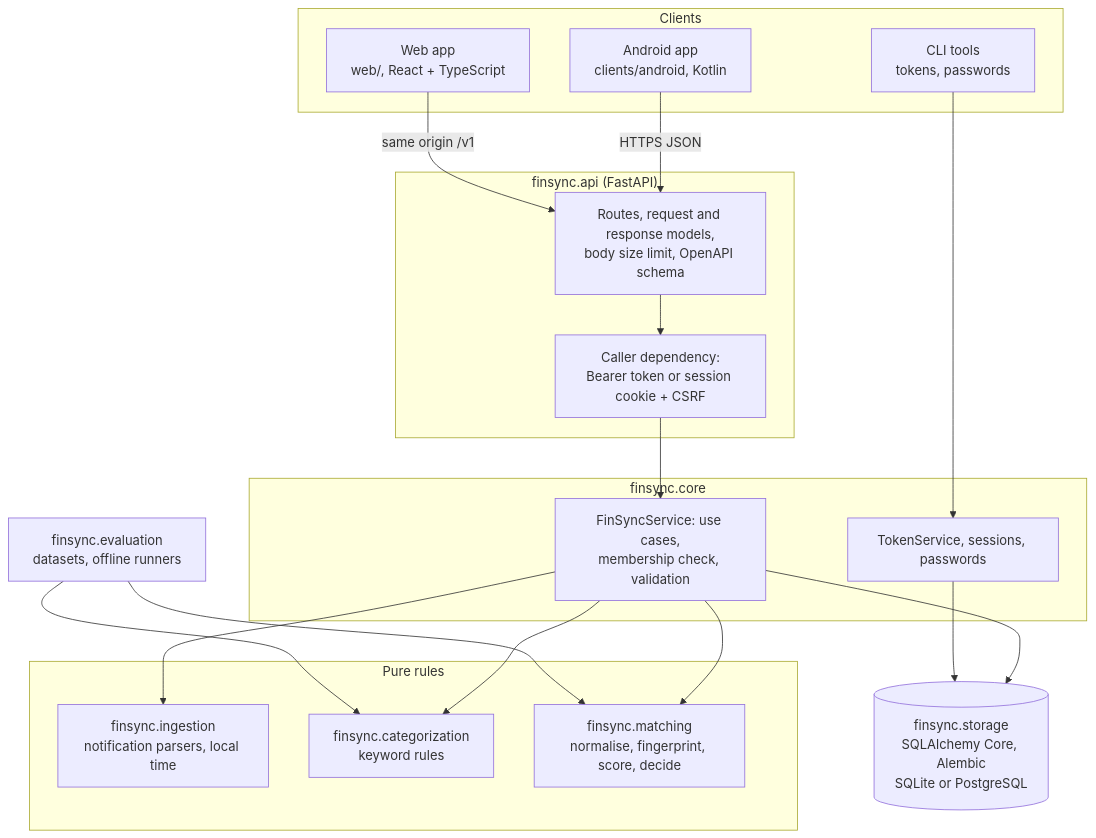
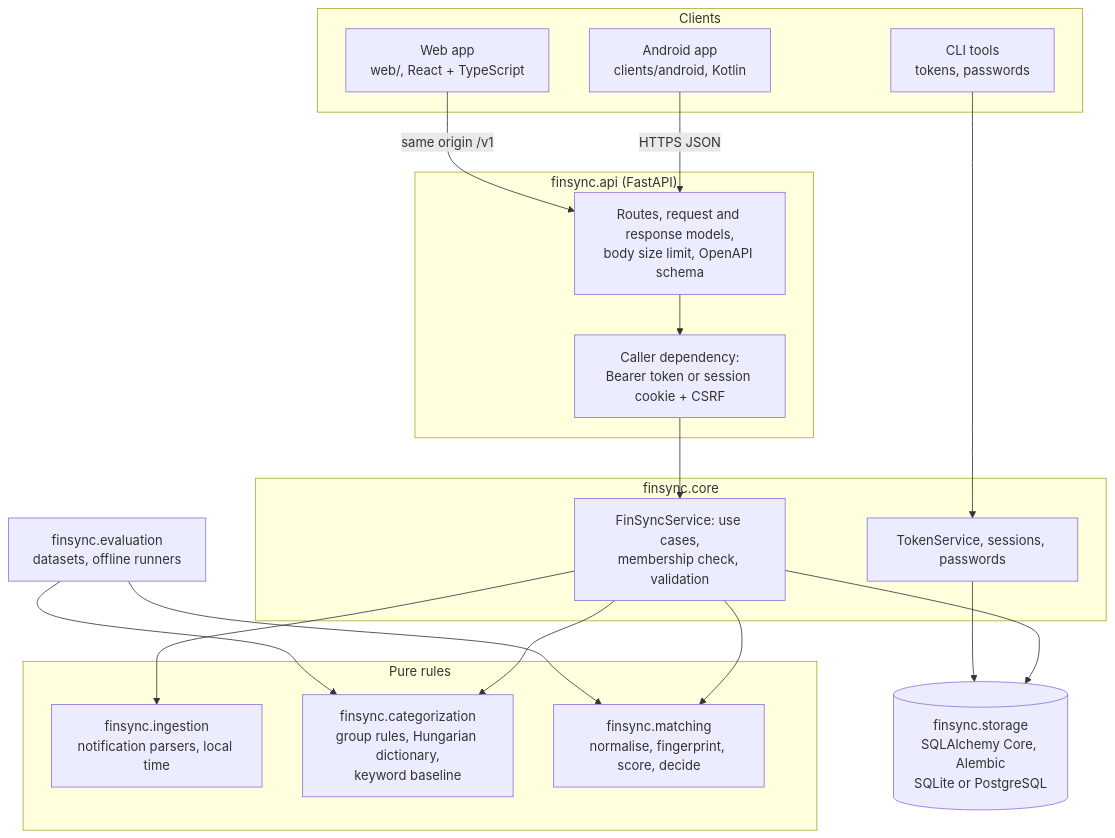
One commit to h270445/FinSync changed the fifth of 6 diagrams in docs/architecture/design-views.md. Above: the diagram before and after it, drawn with Mermaid. The commit also changed other lines of this file and 14 other files, not shown here.

First line of the commit message:
Hybrid categorizer: Hungarian dictionary layer; design views 1-2

````diff
--- a/docs/architecture/design-views.md
+++ b/docs/architecture/design-views.md
@@ -71,32 +183,32 @@
 ```mermaid
 flowchart TB
     subgraph Clients
         AND[Android app<br/>clients/android, Kotlin]
         WEB[Web app<br/>web/, React + TypeScript]
         CLI[CLI tools<br/>tokens, passwords]
     end
     subgraph API["finsync.api (FastAPI)"]
         R[Routes, request and response models,<br/>body size limit, OpenAPI schema]
         AUTH[Caller dependency:<br/>Bearer token or session cookie + CSRF]
     end
     subgraph CORE["finsync.core"]
         SVC[FinSyncService: use cases,<br/>membership check, validation]
         TOK[TokenService, sessions, passwords]
     end
     subgraph DOMAIN[Pure rules]
         ING[finsync.ingestion<br/>notification parsers, local time]
-        CAT[finsync.categorization<br/>keyword rules]
+        CAT[finsync.categorization<br/>group rules, Hungarian dictionary,<br/>keyword baseline]
         MAT[finsync.matching<br/>normalise, fingerprint, score, decide]
     end
     STO[(finsync.storage<br/>SQLAlchemy Core, Alembic<br/>SQLite or PostgreSQL)]
     EVAL[finsync.evaluation<br/>datasets, offline runners]
 
     AND -- HTTPS JSON --> R
     WEB -- same origin /v1 --> R
     R --> AUTH --> SVC
     CLI --> TOK
     SVC --> ING & CAT & MAT
     SVC --> STO
     TOK --> STO
     EVAL --> MAT & CAT
 ```
````
